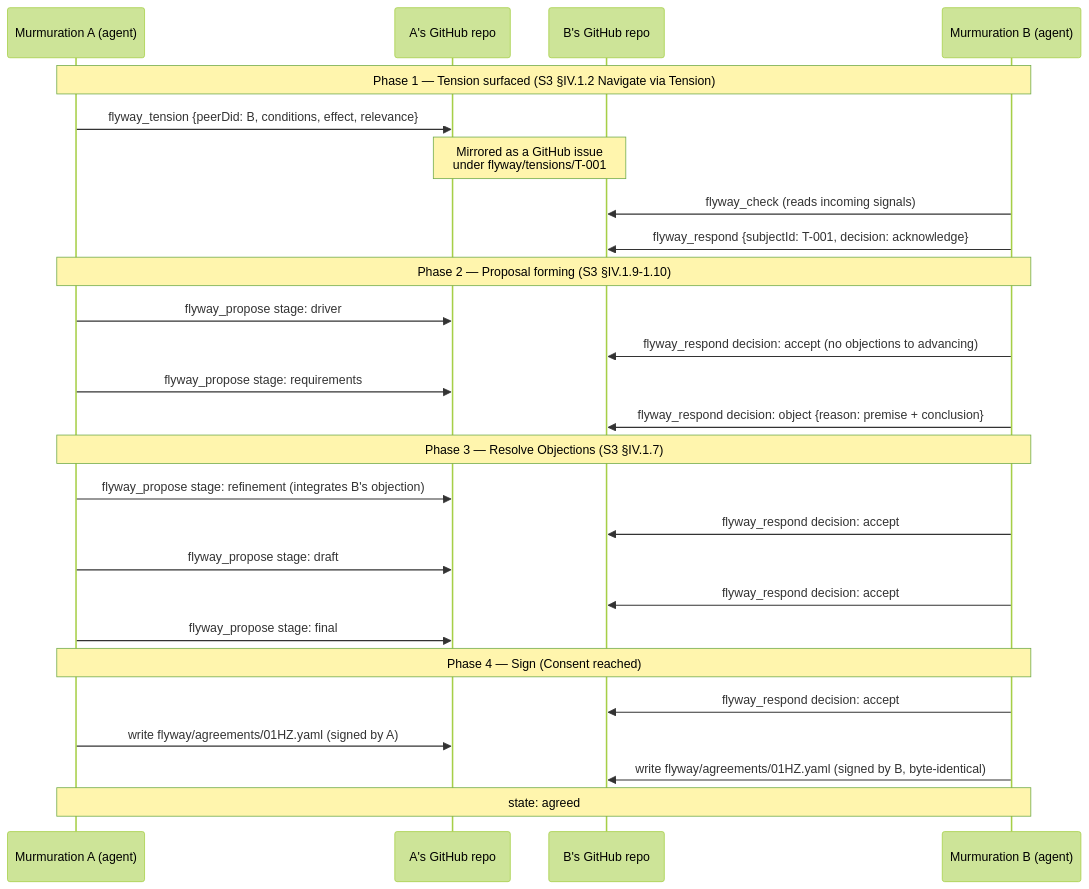
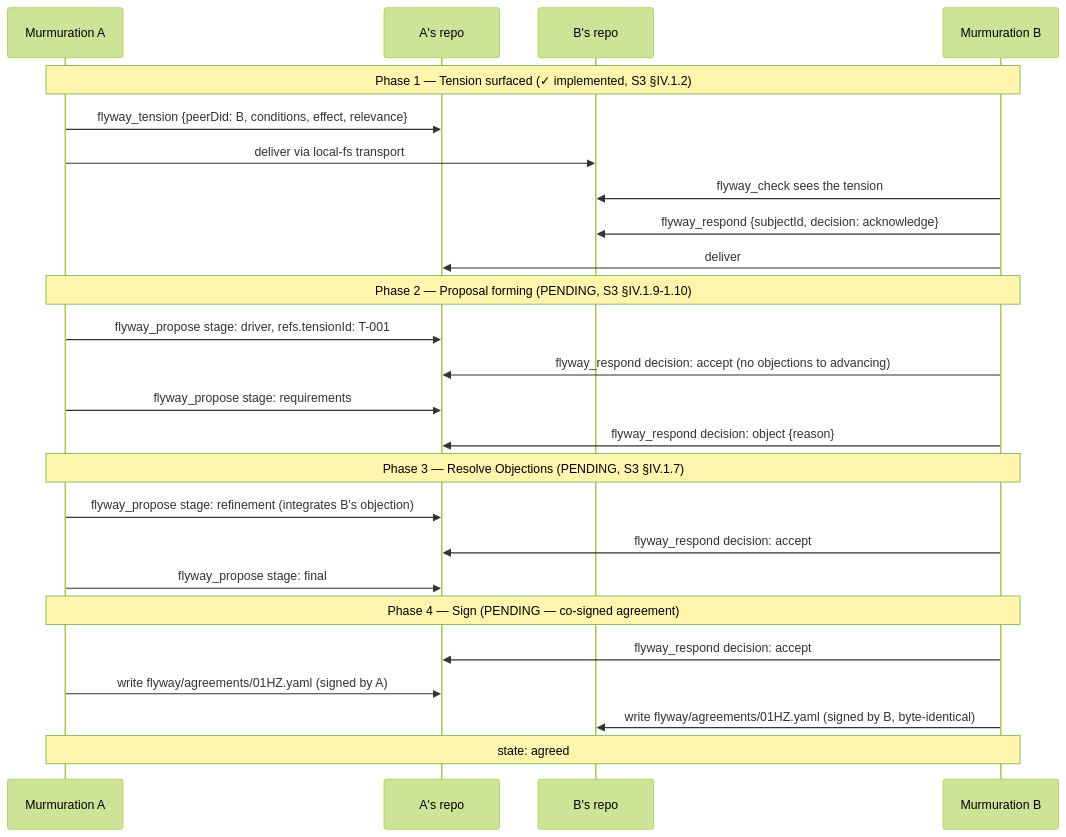
Before and after one commit to murmurations-ai/flyway: the eighth of 13 diagrams in docs/architecture/how-flyway-works.md, drawn with Mermaid (forest theme). The commit also changed other lines of this file and 4 other files, not shown here.

````diff
--- a/docs/architecture/how-flyway-works.md
+++ b/docs/architecture/how-flyway-works.md
@@ -211,31 +399,30 @@
 ```mermaid
 sequenceDiagram
-  participant A as Murmuration A (agent)
-  participant ARepo as A's GitHub repo
-  participant BRepo as B's GitHub repo
-  participant B as Murmuration B (agent)
+  participant A as Murmuration A
+  participant ARepo as A's repo
+  participant BRepo as B's repo
+  participant B as Murmuration B
 
-  Note over A,B: Phase 1 — Tension surfaced (S3 §IV.1.2 Navigate via Tension)
+  Note over A,B: Phase 1 — Tension surfaced (✓ implemented, S3 §IV.1.2)
   A->>ARepo: flyway_tension {peerDid: B, conditions, effect, relevance}
-  Note over ARepo,BRepo: Mirrored as a GitHub issue<br/>under flyway/tensions/T-001
-  B->>BRepo: flyway_check (reads incoming signals)
-  B->>BRepo: flyway_respond {subjectId: T-001, decision: acknowledge}
+  A->>BRepo: deliver via local-fs transport
+  B->>BRepo: flyway_check sees the tension
+  B->>BRepo: flyway_respond {subjectId, decision: acknowledge}
+  B->>ARepo: deliver
 
-  Note over A,B: Phase 2 — Proposal forming (S3 §IV.1.9-1.10)
-  A->>ARepo: flyway_propose stage: driver
-  B->>BRepo: flyway_respond decision: accept (no objections to advancing)
+  Note over A,B: Phase 2 — Proposal forming (PENDING, S3 §IV.1.9-1.10)
+  A->>ARepo: flyway_propose stage: driver, refs.tensionId: T-001
+  B->>ARepo: flyway_respond decision: accept (no objections to advancing)
   A->>ARepo: flyway_propose stage: requirements
-  B->>BRepo: flyway_respond decision: object {reason: premise + conclusion}
-  Note over A,B: Phase 3 — Resolve Objections (S3 §IV.1.7)
+  B->>ARepo: flyway_respond decision: object {reason}
+  Note over A,B: Phase 3 — Resolve Objections (PENDING, S3 §IV.1.7)
   A->>ARepo: flyway_propose stage: refinement (integrates B's objection)
-  B->>BRepo: flyway_respond decision: accept
-  A->>ARepo: flyway_propose stage: draft
-  B->>BRepo: flyway_respond decision: accept
+  B->>ARepo: flyway_respond decision: accept
   A->>ARepo: flyway_propose stage: final
 
-  Note over A,B: Phase 4 — Sign (Consent reached)
-  B->>BRepo: flyway_respond decision: accept
+  Note over A,B: Phase 4 — Sign (PENDING — co-signed agreement)
+  B->>ARepo: flyway_respond decision: accept
   A->>ARepo: write flyway/agreements/01HZ.yaml (signed by A)
   B->>BRepo: write flyway/agreements/01HZ.yaml (signed by B, byte-identical)
   Note over A,B: state: agreed
 ```
````
